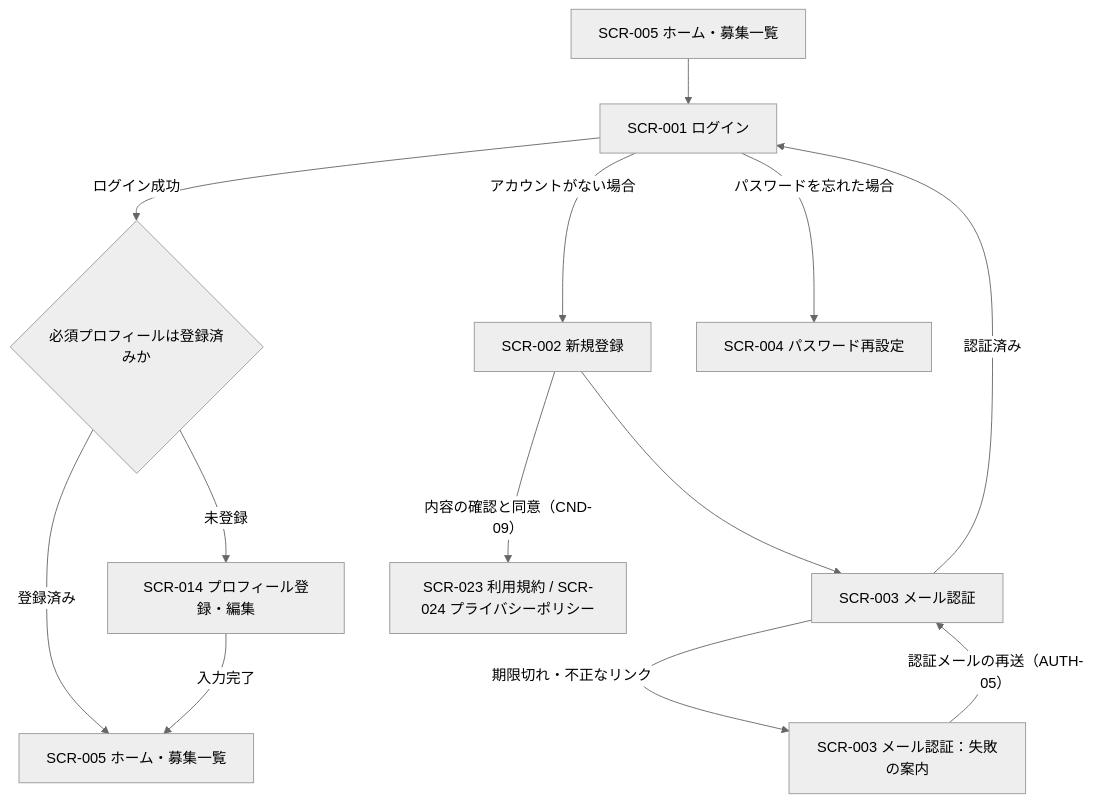
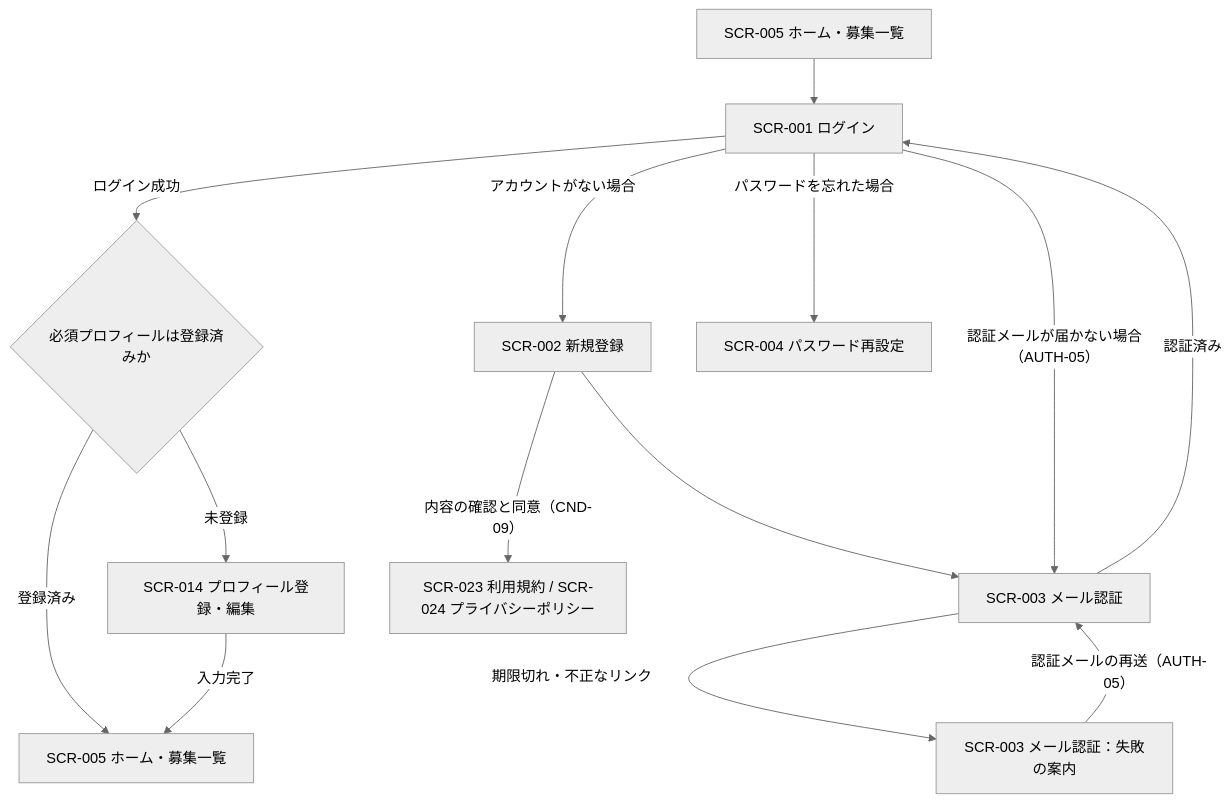
One commit to sysnovastudio-byte/nagoya-volleyball-matching changed the first of 9 diagrams in docs/10_画面一覧.md. Above: the diagram before and after it, drawn with Mermaid (neutral theme). The commit also changed other lines of this file and 2 other files, not shown here.

````diff
--- a/docs/10_画面一覧.md
+++ b/docs/10_画面一覧.md
@@ -263,15 +263,16 @@
 ```mermaid
 flowchart TD
     A1["SCR-005 ホーム・募集一覧"] --> A2["SCR-001 ログイン"]
     A2 -->|"アカウントがない場合"| A3["SCR-002 新規登録"]
     A3 --> A4["SCR-003 メール認証"]
     A4 -->|"認証済み"| A2
     A4 -->|"期限切れ・不正なリンク"| A10["SCR-003 メール認証：失敗の案内"]
     A10 -->|"認証メールの再送（AUTH-05）"| A4
     A2 -->|"ログイン成功"| A5{"必須プロフィールは登録済みか"}
     A5 -->|"登録済み"| A7["SCR-005 ホーム・募集一覧"]
     A5 -->|"未登録"| A6["SCR-014 プロフィール登録・編集"]
     A6 -->|"入力完了"| A7
     A2 -->|"パスワードを忘れた場合"| A8["SCR-004 パスワード再設定"]
+    A2 -->|"認証メールが届かない場合（AUTH-05）"| A4
     A3 -->|"内容の確認と同意（CND-09）"| A9["SCR-023 利用規約 / SCR-024 プライバシーポリシー"]
 ```
````
